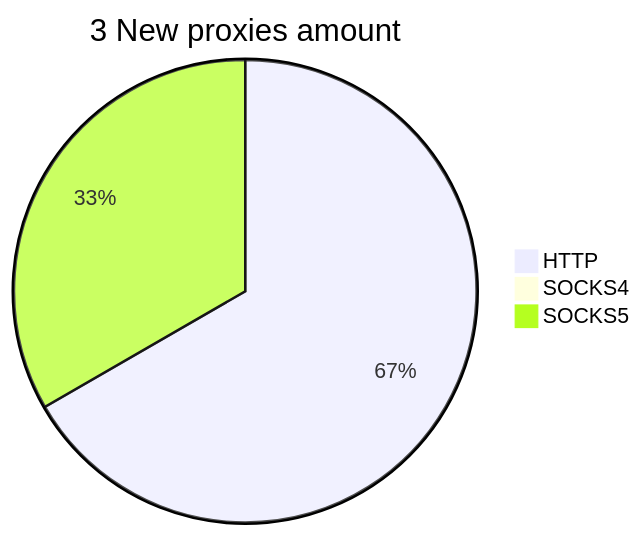
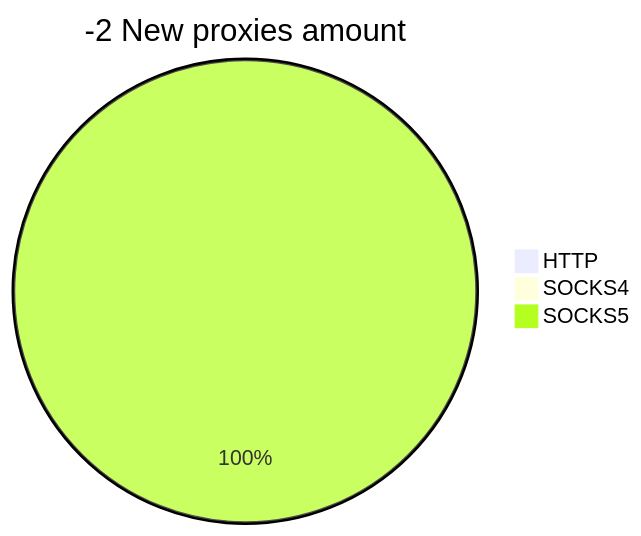
Before and after one commit to cutipu/proxylist: the second of 2 diagrams in README.md, drawn with Mermaid. The commit also changed other lines of this file, not shown here.

````diff
--- a/README.md
+++ b/README.md
@@ -17,6 +17,6 @@
 ```mermaid
-pie title 3 New proxies amount
-    "HTTP" : 2
+pie title -2 New proxies amount
+    "HTTP" : 0
     "SOCKS4" : 0
     "SOCKS5" : 1
 ```
````
